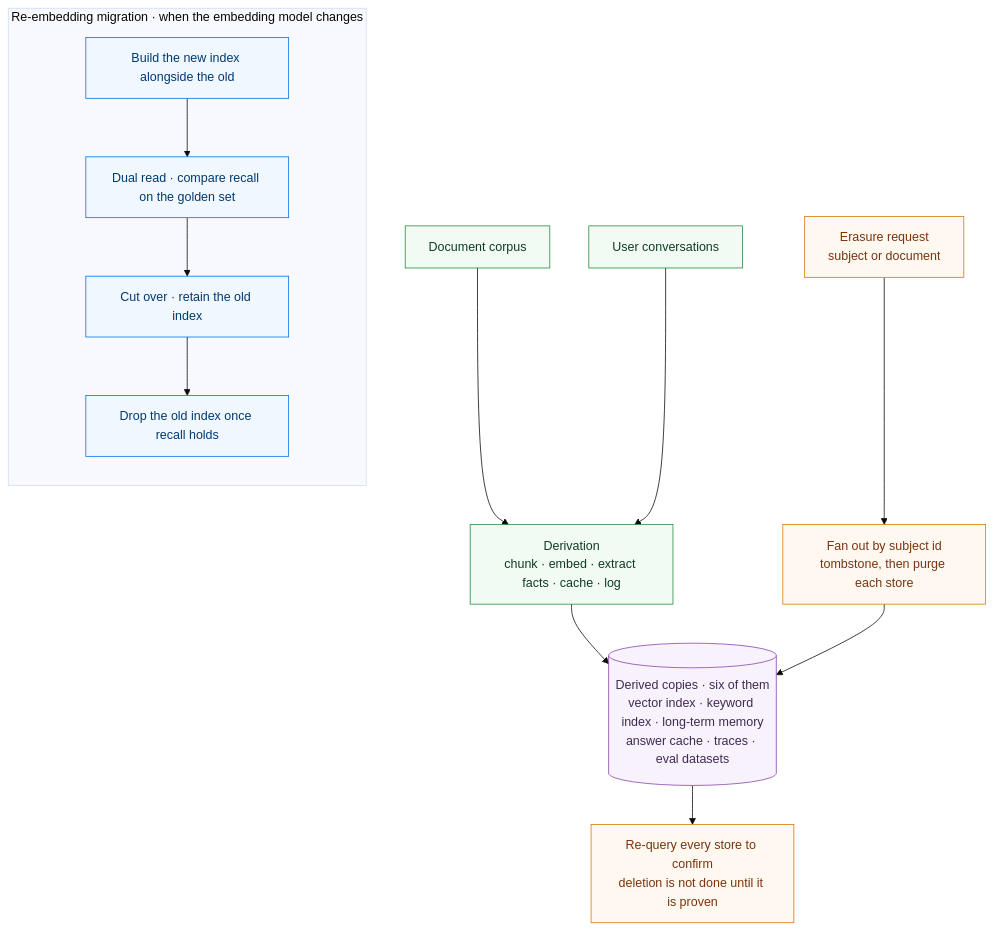
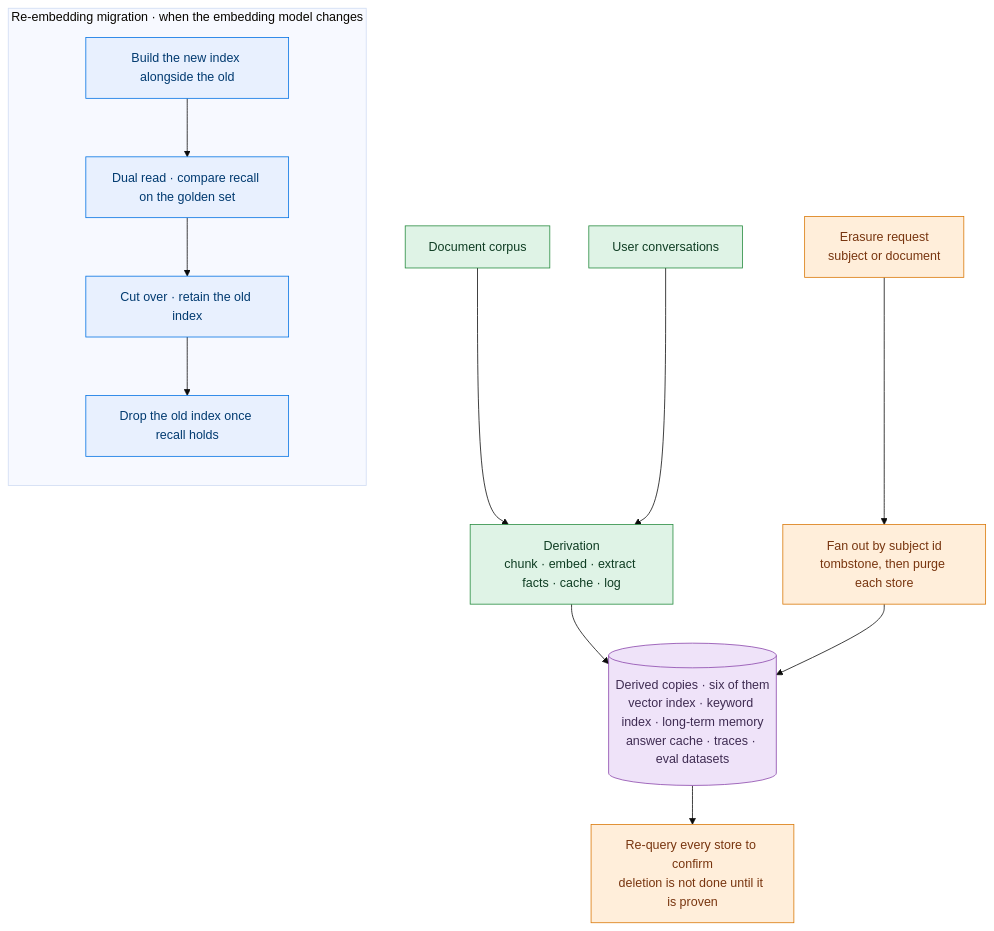
One commit to mlvpatel/open-weight-agent-stack changed diagram 12 of 18 in MANUAL.md. Above: the diagram before and after it, drawn with Mermaid (base theme). The commit also changed other lines of this file and 36 other files, not shown here.

First line of the commit message:
feat: render diagrams on Pages, richer palette

````diff
--- a/MANUAL.md
+++ b/MANUAL.md
@@ -1013,37 +1013,37 @@
 ```mermaid
 flowchart TB
     S1["Document corpus"]
     S2["User conversations"]
     DRV["Derivation<br/>chunk · embed · extract facts · cache · log"]
     X[("Derived copies · six of them<br/>vector index · keyword index · long-term memory<br/>answer cache · traces · eval datasets")]
     ERASE["Erasure request<br/>subject or document"]
     FAN["Fan out by subject id<br/>tombstone, then purge each store"]
     VERIFY["Re-query every store to confirm<br/>deletion is not done until it is proven"]
 
     S1 --> DRV
     S2 --> DRV
     DRV --> X
     ERASE --> FAN
     FAN --> X
     X --> VERIFY
 
     subgraph REIDX["Re-embedding migration · when the embedding model changes"]
         direction TB
         RI1["Build the new index alongside the old"]
         RI2["Dual read · compare recall on the golden set"]
         RI3["Cut over · retain the old index"]
         RI4["Drop the old index once recall holds"]
     end
     RI1 --> RI2 --> RI3 --> RI4
 
-    classDef src fill:#f2faf4,stroke:#248a3d,color:#0f3d23
-    classDef store fill:#f7f2fb,stroke:#8944ab,color:#3f2c52
-    classDef control fill:#fff8f0,stroke:#d97706,color:#78350f
-    classDef mig fill:#f0f7ff,stroke:#0071e3,color:#003a70
+    classDef src fill:#dff3e6,stroke:#248a3d,color:#0f3d23
+    classDef store fill:#efe3f9,stroke:#8944ab,color:#3f2c52
+    classDef control fill:#ffeeda,stroke:#d97706,color:#78350f
+    classDef mig fill:#e8f0fe,stroke:#0071e3,color:#003a70
 
     class S1,S2 src
     class X store
     class DRV src
     class ERASE,FAN,VERIFY control
     class RI1,RI2,RI3,RI4 mig
 ```
````
